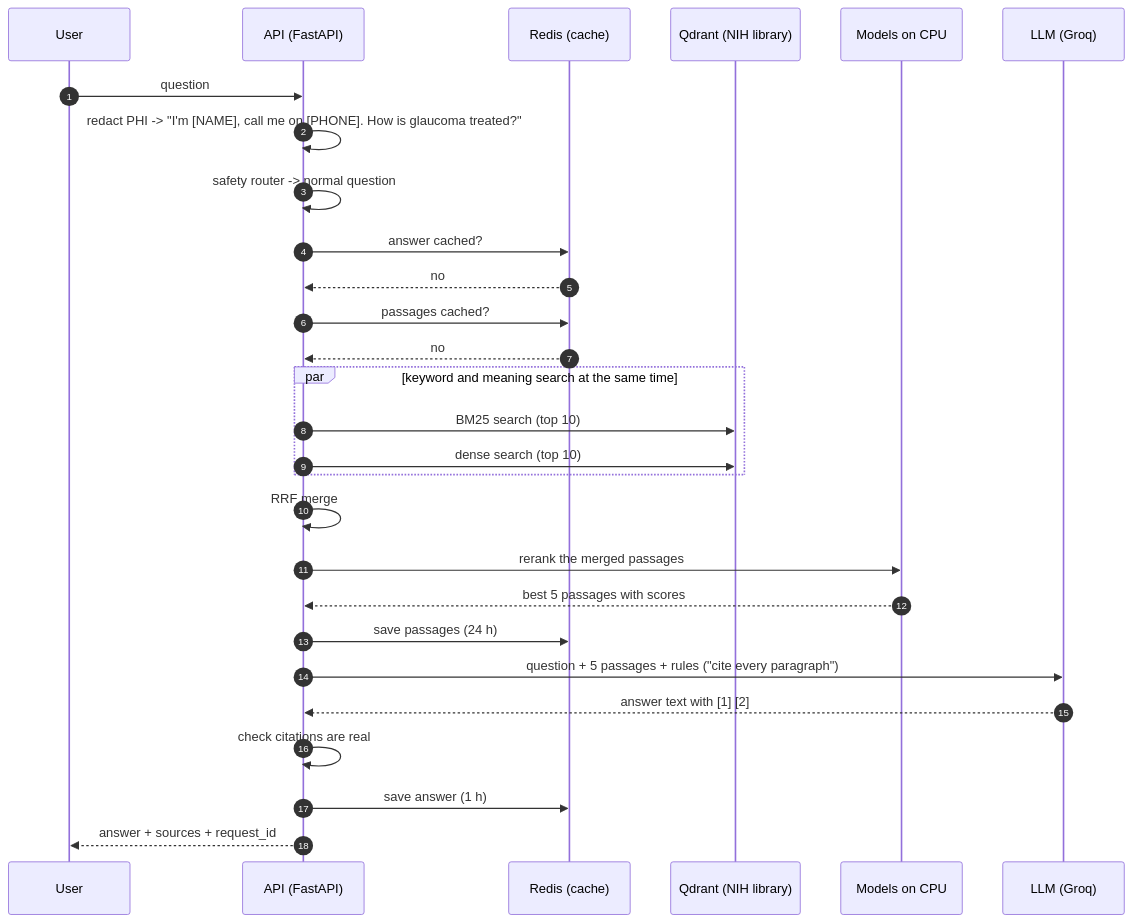
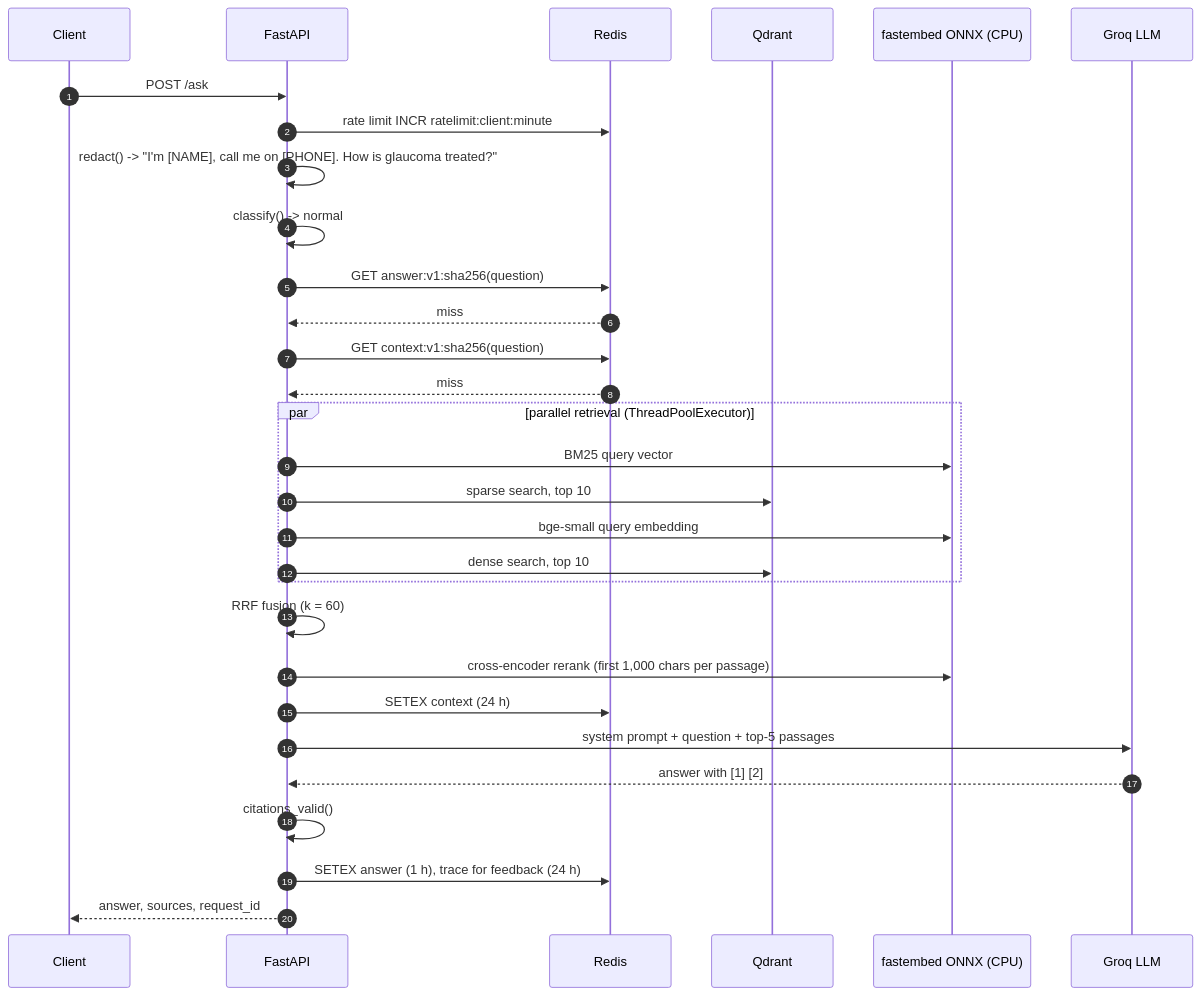
Before and after one commit to pavanaditya123/healthcare-rag-assistant: the second of 13 diagrams in README.md, drawn with Mermaid. The commit also changed other lines of this file, not shown here.

Commit message:
README: technical diagrams per component, each followed by an everyday explanation

````diff
--- a/README.md
+++ b/README.md
@@ -161,31 +114,33 @@
 ```mermaid
 sequenceDiagram
     autonumber
-    participant U as User
-    participant API as API (FastAPI)
-    participant R as Redis (cache)
-    participant Q as Qdrant (NIH library)
-    participant M as Models on CPU
-    participant L as LLM (Groq)
+    participant C as Client
+    participant API as FastAPI
+    participant RD as Redis
+    participant QD as Qdrant
+    participant ONNX as fastembed ONNX (CPU)
+    participant G as Groq LLM
 
-    U->>API: question
-    API->>API: redact PHI -> "I'm [NAME], call me on [PHONE]. How is glaucoma treated?"
-    API->>API: safety router -> normal question
-    API->>R: answer cached?
-    R-->>API: no
-    API->>R: passages cached?
-    R-->>API: no
-    par keyword and meaning search at the same time
-        API->>Q: BM25 search (top 10)
-        API->>Q: dense search (top 10)
+    C->>API: POST /ask
+    API->>RD: rate limit INCR ratelimit:client:minute
+    API->>API: redact() -> "I'm [NAME], call me on [PHONE]. How is glaucoma treated?"
+    API->>API: classify() -> normal
+    API->>RD: GET answer:v1:sha256(question)
+    RD-->>API: miss
+    API->>RD: GET context:v1:sha256(question)
+    RD-->>API: miss
+    par parallel retrieval (ThreadPoolExecutor)
+        API->>ONNX: BM25 query vector
+        API->>QD: sparse search, top 10
+        API->>ONNX: bge-small query embedding
+        API->>QD: dense search, top 10
     end
-    API->>API: RRF merge
-    API->>M: rerank the merged passages
-    M-->>API: best 5 passages with scores
-    API->>R: save passages (24 h)
-    API->>L: question + 5 passages + rules ("cite every paragraph")
-    L-->>API: answer text with [1] [2]
-    API->>API: check citations are real
-    API->>R: save answer (1 h)
-    API-->>U: answer + sources + request_id
+    API->>API: RRF fusion (k = 60)
+    API->>ONNX: cross-encoder rerank (first 1,000 chars per passage)
+    API->>RD: SETEX context (24 h)
+    API->>G: system prompt + question + top-5 passages
+    G-->>API: answer with [1] [2]
+    API->>API: citations_valid()
+    API->>RD: SETEX answer (1 h), trace for feedback (24 h)
+    API-->>C: answer, sources, request_id
 ```
````
